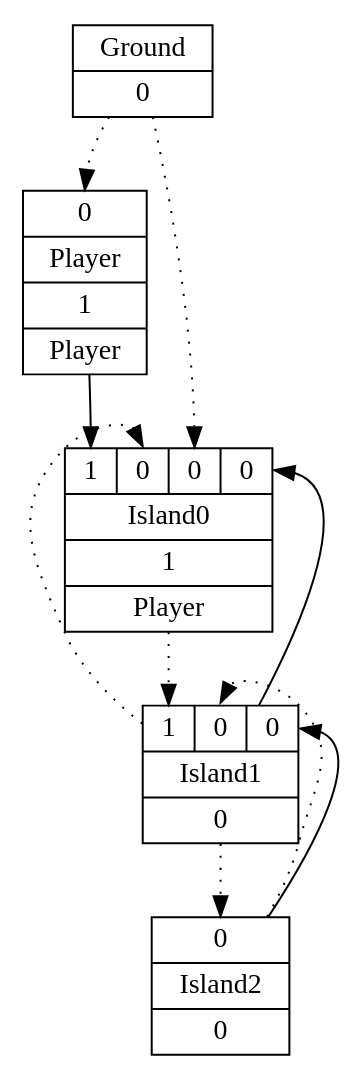
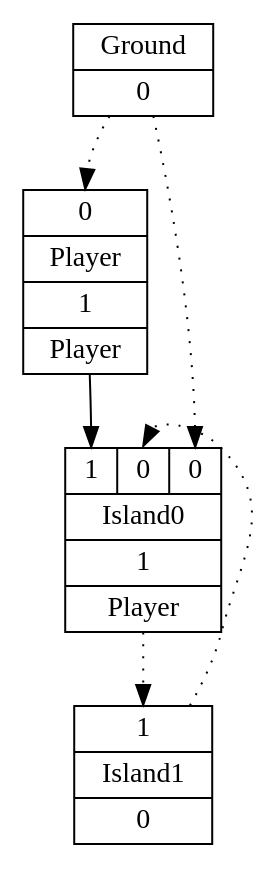
The diagram in mid/19/graph_2.gv (increpare/AbstractPropagationSim), drawn with Graphviz before and after one commit. The commit also changed 11 other files, not shown here.

```diff
--- a/mid/19/graph_2.gv
+++ b/mid/19/graph_2.gv
@@ -1,17 +1,12 @@
 digraph G {
 node [shape=record];
 Player[ label ="{{<GroundP>0}|{Player}|<PlayerOUT>1|{Player}}"];
 Ground[ label ="{{Ground}|<GroundOUT>0}"];
-Island0[ label ="{{<Player>1|<Island1P>0|<GroundP>0|<Island1>0}|{Island0}|<Island0OUT>1|{Player}}"];
-Island1[ label ="{{<Island0P>1|<Island2P>0|<Island2>0}|{Island1}|<Island1OUT>0}"];
-Island2[ label ="{{<Island1P>0}|{Island2}|<Island2OUT>0}"];
+Island0[ label ="{{<Player>1|<Island1P>0|<GroundP>0}|{Island0}|<Island0OUT>1|{Player}}"];
+Island1[ label ="{{<Island0P>1}|{Island1}|<Island1OUT>0}"];
 	"Ground" -> "Player":GroundP [style=dotted];
 	"Player" -> "Island0":Player;
 	"Island1" -> "Island0":Island1P [style=dotted];
 	"Ground" -> "Island0":GroundP [style=dotted];
 	"Island0" -> "Island1":Island0P [style=dotted];
-	"Island2" -> "Island1":Island2P [style=dotted];
-	"Island1" -> "Island2":Island1P [style=dotted];
-	"Island1" -> "Island0":Island1;
-	"Island2" -> "Island1":Island2;
 }
```
